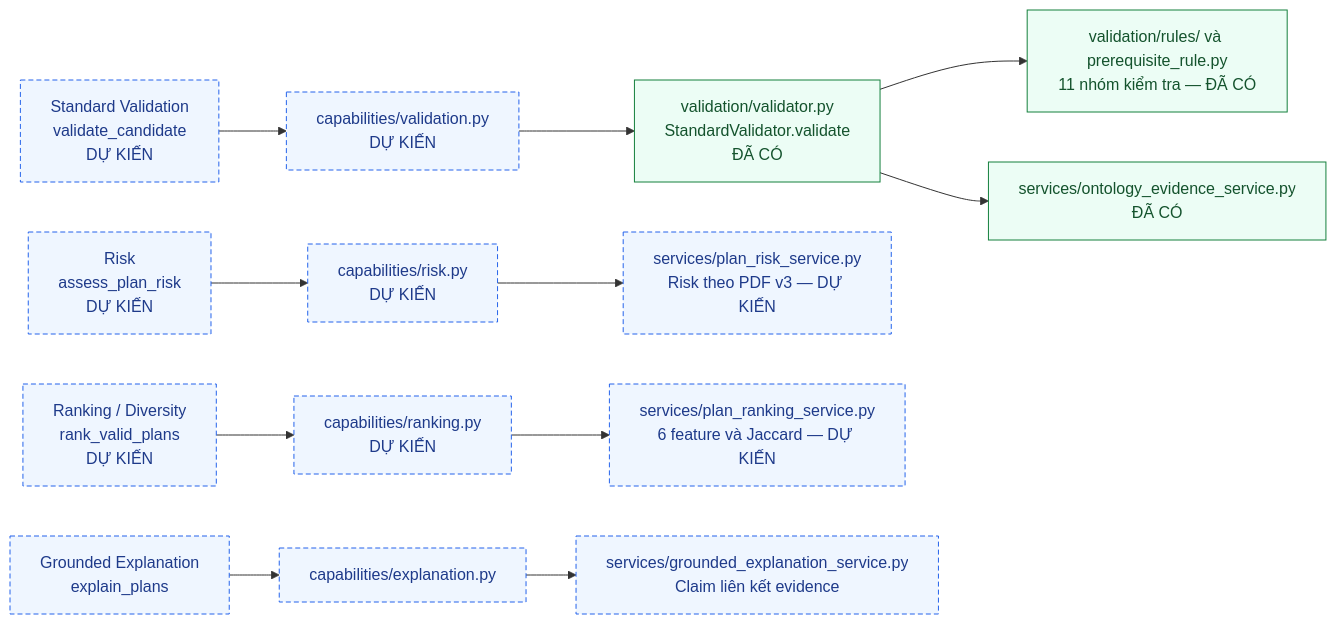
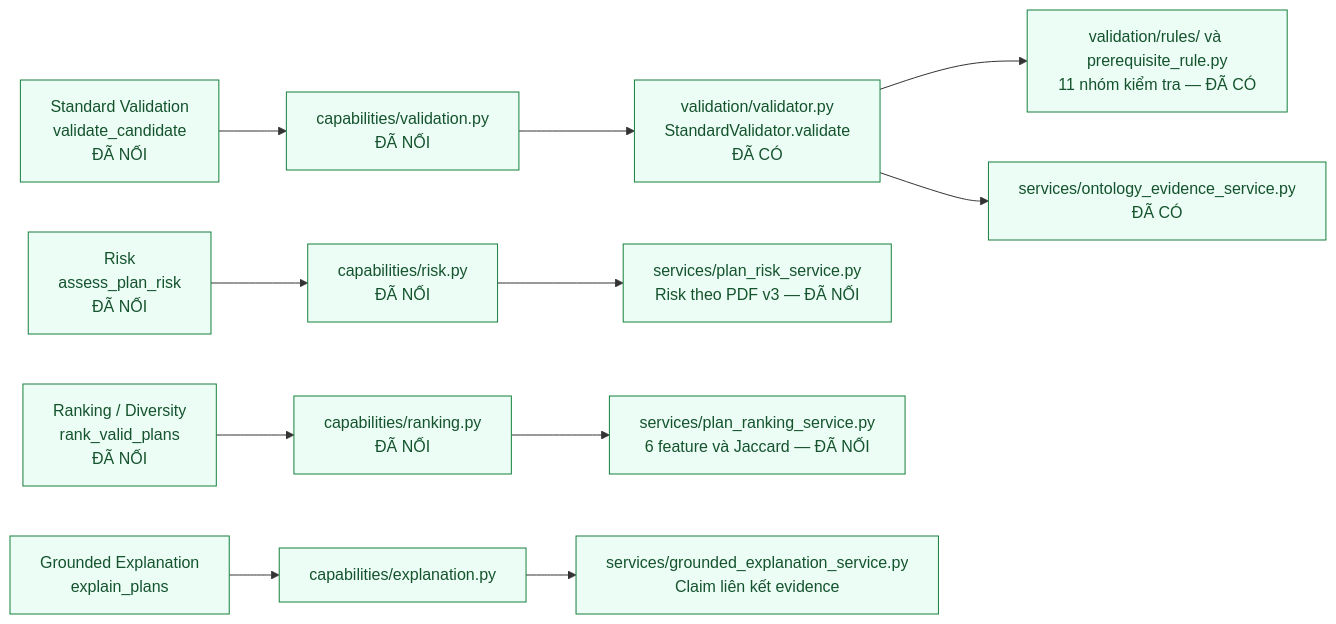
The second of 3 diagrams in docs/MAPPING_CAPABILITY_MODULE_TOOL.md (tandaoduy/personalized-learning-ontology), drawn with Mermaid before and after one commit. The commit also changed other lines of this file and 14 other files, not shown here.

````diff
--- a/docs/MAPPING_CAPABILITY_MODULE_TOOL.md
+++ b/docs/MAPPING_CAPABILITY_MODULE_TOOL.md
@@ -42,21 +42,20 @@
 ```mermaid
 flowchart LR
-    VA["Standard Validation<br/>validate_candidate<br/>DỰ KIẾN"] --> VAA["capabilities/validation.py<br/>DỰ KIẾN"]
+    VA["Standard Validation<br/>validate_candidate<br/>ĐÃ NỐI"] --> VAA["capabilities/validation.py<br/>ĐÃ NỐI"]
     VAA --> VAS["validation/validator.py<br/>StandardValidator.validate<br/>ĐÃ CÓ"]
     VAS --> VR["validation/rules/ và prerequisite_rule.py<br/>11 nhóm kiểm tra — ĐÃ CÓ"]
     VAS --> VE["services/ontology_evidence_service.py<br/>ĐÃ CÓ"]
 
-    RI["Risk<br/>assess_plan_risk<br/>DỰ KIẾN"] --> RIA["capabilities/risk.py<br/>DỰ KIẾN"]
-    RIA --> RIS["services/plan_risk_service.py<br/>Risk theo PDF v3 — DỰ KIẾN"]
+    RI["Risk<br/>assess_plan_risk<br/>ĐÃ NỐI"] --> RIA["capabilities/risk.py<br/>ĐÃ NỐI"]
+    RIA --> RIS["services/plan_risk_service.py<br/>Risk theo PDF v3 — ĐÃ NỐI"]
 
-    RA["Ranking / Diversity<br/>rank_valid_plans<br/>DỰ KIẾN"] --> RAA["capabilities/ranking.py<br/>DỰ KIẾN"]
-    RAA --> RAS["services/plan_ranking_service.py<br/>6 feature và Jaccard — DỰ KIẾN"]
+    RA["Ranking / Diversity<br/>rank_valid_plans<br/>ĐÃ NỐI"] --> RAA["capabilities/ranking.py<br/>ĐÃ NỐI"]
+    RAA --> RAS["services/plan_ranking_service.py<br/>6 feature và Jaccard — ĐÃ NỐI"]
 
     EX["Grounded Explanation<br/>explain_plans"] --> EXA["capabilities/explanation.py"]
     EXA --> EXS["services/grounded_explanation_service.py<br/>Claim liên kết evidence"]
 
     classDef existing fill:#ecfdf5,stroke:#15803d,color:#14532d;
     classDef planned fill:#eff6ff,stroke:#2563eb,color:#1e3a8a,stroke-dasharray:5 3;
-    class VAS,VR,VE existing;
-    class VA,VAA,RI,RIA,RIS,RA,RAA,RAS,EX,EXA,EXS planned;
+    class VA,VAA,VAS,VR,VE,RI,RIA,RIS,RA,RAA,RAS,EX,EXA,EXS existing;
 ```
````
